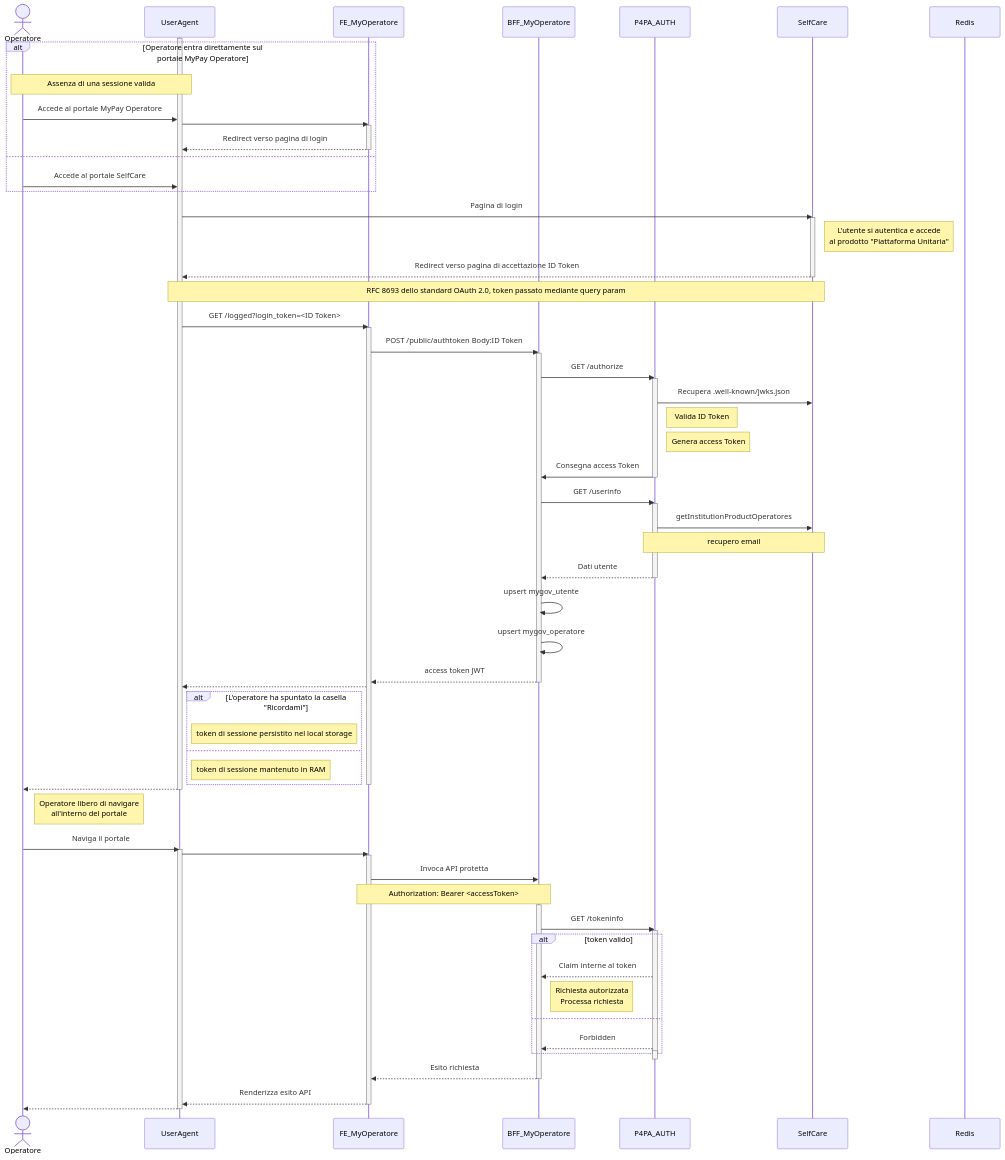
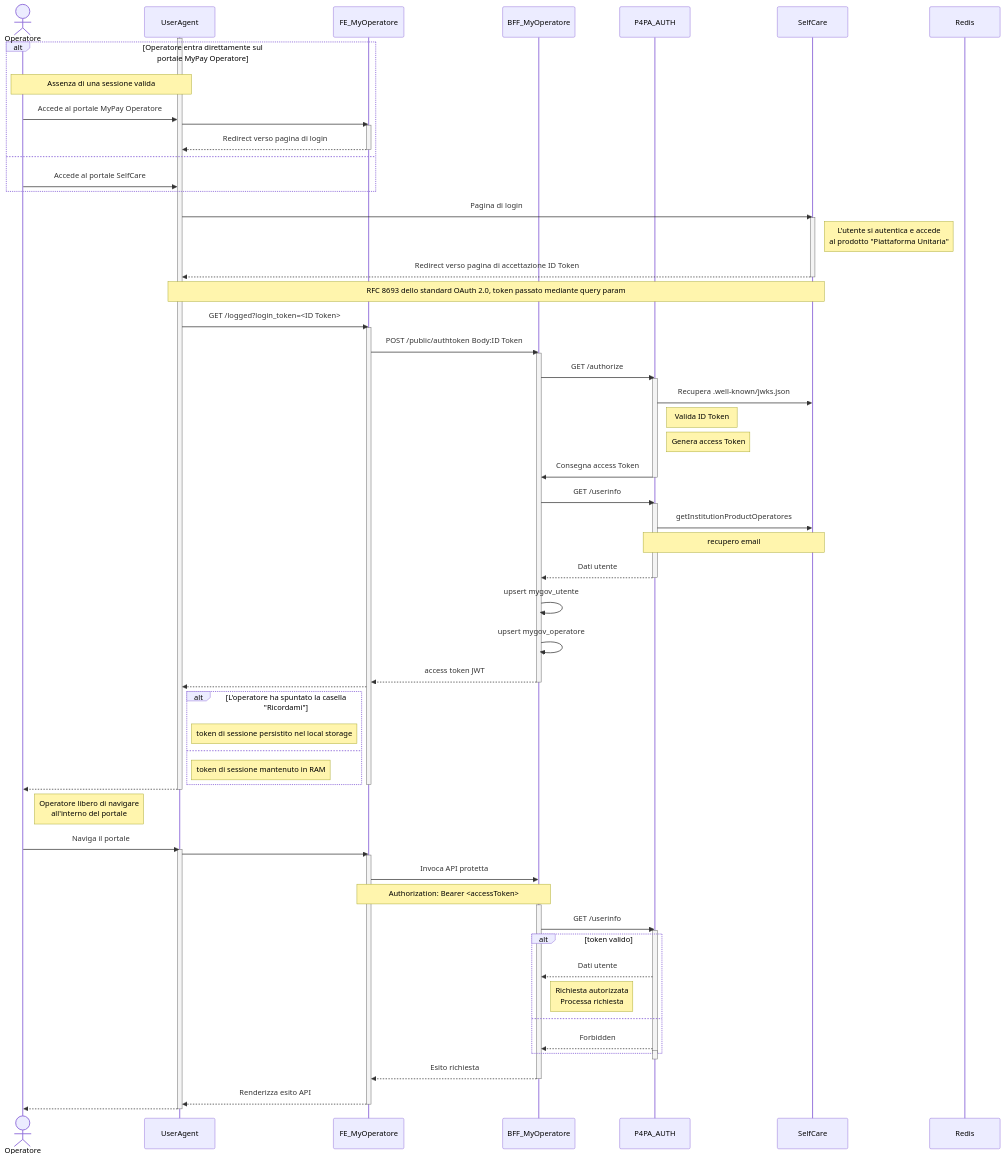
One commit to pagopa/p4pa-doc changed the diagram in confluence/DesignReview/AutenticazioneEAutorizzazioneInMyPayOperatore/TOBE_auth.mmd. Above: the diagram before and after it, drawn with Mermaid.

Commit message:
userinfo instead tokeninfo

```diff
--- a/confluence/DesignReview/AutenticazioneEAutorizzazioneInMyPayOperatore/TOBE_auth.mmd
+++ b/confluence/DesignReview/AutenticazioneEAutorizzazioneInMyPayOperatore/TOBE_auth.mmd
@@ -1,95 +1,95 @@
 sequenceDiagram
     actor Operatore
     participant UserAgent
     participant FE as FE_MyOperatore
     participant BFF as BFF_MyOperatore
     participant AUTH as P4PA_AUTH
     participant SelfCare
     participant Redis
 
 
     activate UserAgent
     alt Operatore entra direttamente sul portale MyPay Operatore
         note over Operatore, UserAgent: Assenza di una sessione valida
         Operatore ->> UserAgent: Accede al portale MyPay Operatore
 
         UserAgent ->> FE: #
         activate FE
             FE -->> UserAgent: Redirect verso pagina di login
         deactivate FE
     else
         Operatore ->> UserAgent: Accede al portale SelfCare
     end
 
     UserAgent ->> SelfCare: Pagina di login
     activate SelfCare
         note right of SelfCare: L'utente si autentica e accede<br />al prodotto "Piattaforma Unitaria"
         SelfCare -->> UserAgent: Redirect verso pagina di accettazione ID Token
     deactivate SelfCare
     note over UserAgent, SelfCare: RFC 8693 dello standard OAuth 2.0, token passato mediante query param
 
     UserAgent ->> FE: GET /logged?login_token=<ID Token>
     activate FE
         FE ->> BFF: POST /public/authtoken Body:ID Token
         activate BFF
             BFF ->> AUTH: GET /authorize
             activate AUTH
                 AUTH ->> SelfCare: Recupera .well-known/jwks.json
                 note right of AUTH: Valida ID Token
                 note right of AUTH: Genera access Token
                 AUTH ->> BFF: Consegna access Token
             deactivate AUTH
 
             BFF ->> AUTH: GET /userinfo
             activate AUTH
                 AUTH ->> SelfCare: getInstitutionProductOperatores
                 note over AUTH, SelfCare: recupero email
                 AUTH -->> BFF: Dati utente
             deactivate AUTH
 
             BFF ->> BFF: upsert mygov_utente
             BFF ->> BFF: upsert mygov_operatore
             BFF -->> FE: access token JWT
         deactivate BFF
         FE -->> UserAgent: #
         alt L'operatore ha spuntato la casella "Ricordami"
             note right of UserAgent: token di sessione persistito nel local storage
         else
             note right of UserAgent: token di sessione mantenuto in RAM
         end
     deactivate FE
 
     UserAgent -->> Operatore: #
     deactivate UserAgent
 
     note right of Operatore: Operatore libero di navigare<BR />all'interno del portale
 
     Operatore ->> UserAgent: Naviga il portale
 
     activate UserAgent
     UserAgent ->> FE: #
     activate FE
     FE ->> BFF: Invoca API protetta
     note over FE, BFF: Authorization: Bearer <accessToken>
 
     activate BFF
-    BFF ->> AUTH: GET /tokeninfo
+    BFF ->> AUTH: GET /userinfo
     activate AUTH
     alt token valido
-        AUTH -->> BFF: Claim interne al token
+        AUTH -->> BFF: Dati utente
         note right of BFF: Richiesta autorizzata<BR />Processa richiesta
     else
         AUTH -->> BFF: Forbidden
     end
     deactivate AUTH
 
     activate AUTH
     deactivate AUTH
 
     BFF -->> FE: Esito richiesta
     deactivate BFF
 
     FE -->> UserAgent: Renderizza esito API
     deactivate FE
     UserAgent -->> Operatore: #
     deactivate UserAgent
```
